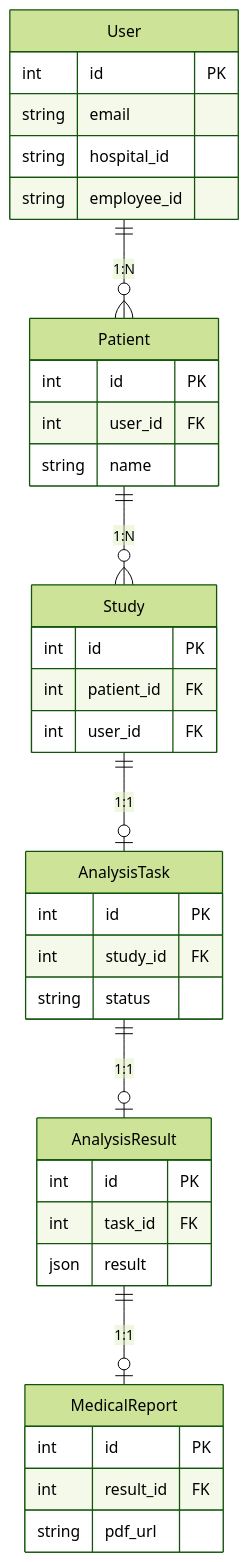
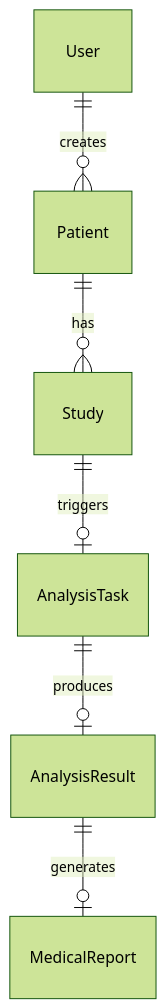
The fifth of 7 diagrams in README.md (xingranya/CervixDetectAI), drawn with Mermaid (forest theme) before and after one commit. The commit also changed other lines of this file and 35 other files, not shown here.

First line of the commit message:
docs(readme): 优化并统一项目文档中的流程图与说明

````diff
--- a/README.md
+++ b/README.md
@@ -280,40 +279,8 @@
 ```mermaid
 erDiagram
-    User ||--o{ Patient : "1:N"
-    Patient ||--o{ Study : "1:N"
-    Study ||--o| AnalysisTask : "1:1"
-    AnalysisTask ||--o| AnalysisResult : "1:1"
-    AnalysisResult ||--o| MedicalReport : "1:1"
-
-    User {
-        int id PK
-        string email
-        string hospital_id
-        string employee_id
-    }
-    Patient {
-        int id PK
-        int user_id FK
-        string name
-    }
-    Study {
-        int id PK
-        int patient_id FK
-        int user_id FK
-    }
-    AnalysisTask {
-        int id PK
-        int study_id FK
-        string status
-    }
-    AnalysisResult {
-        int id PK
-        int task_id FK
-        json result
-    }
-    MedicalReport {
-        int id PK
-        int result_id FK
-        string pdf_url
-    }
+    User ||--o{ Patient : "creates"
+    Patient ||--o{ Study : "has"
+    Study ||--o| AnalysisTask : "triggers"
+    AnalysisTask ||--o| AnalysisResult : "produces"
+    AnalysisResult ||--o| MedicalReport : "generates"
 ```
````
